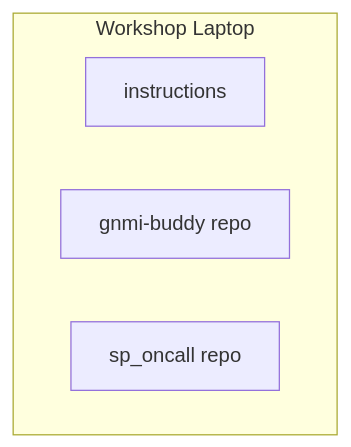
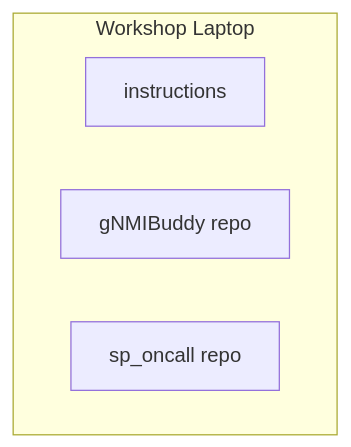
Before and after one commit to jillesca/DEVWKS-3337: the third of 4 diagrams in README.md, drawn with Mermaid.

````diff
--- a/README.md
+++ b/README.md
@@ -34,8 +34,8 @@
 ```mermaid
 flowchart TD
     subgraph Workshop Laptop
         C[instructions]
-        D[gnmi-buddy repo]
+        D[gNMIBuddy repo]
         E[sp_oncall repo]
     end
 ```
````
